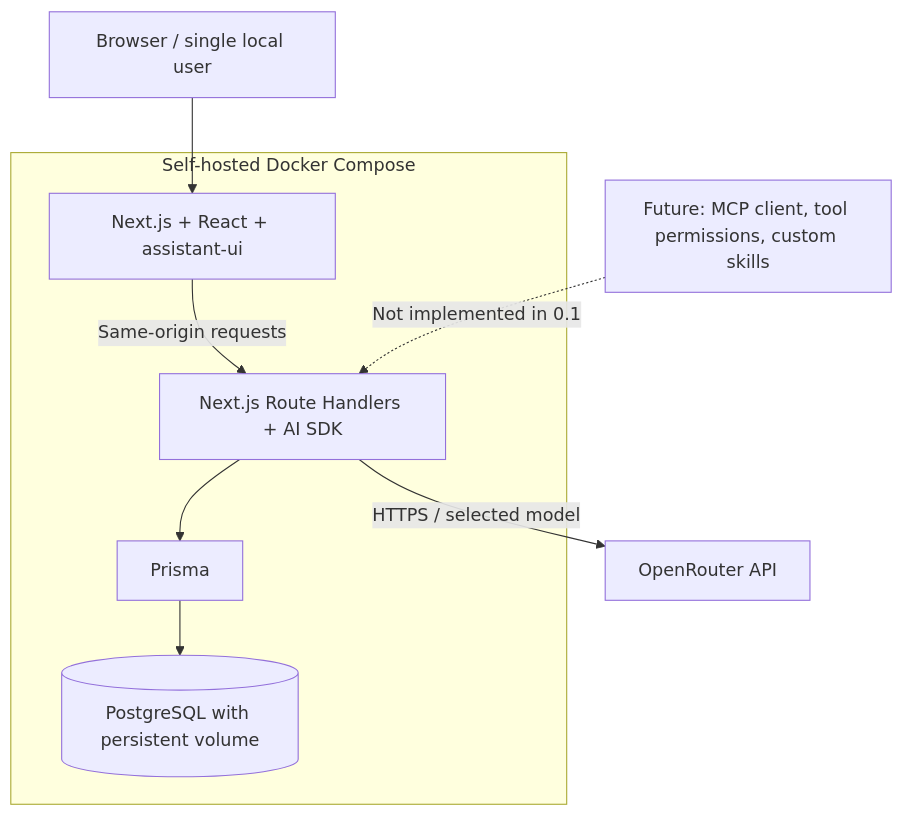
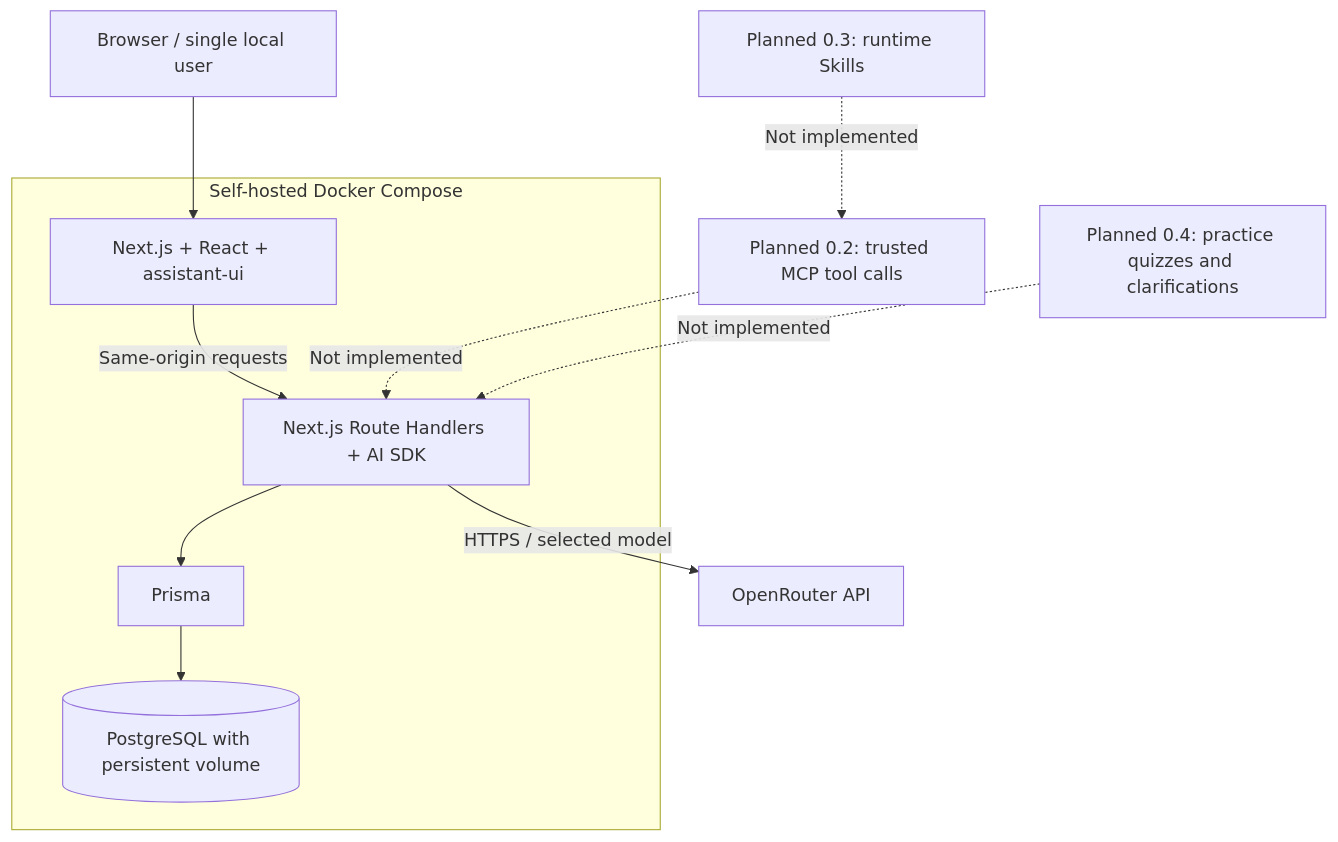
One commit to kereszteszsolt/open-nook-ai changed the second of 2 diagrams in README.md. Above: the diagram before and after it, drawn with Mermaid. The commit also changed other lines of this file and 41 other files, not shown here.

````diff
--- a/README.md
+++ b/README.md
@@ -55,14 +55,16 @@
 ```mermaid
 flowchart TB
     User[Browser / single local user] --> Web
     subgraph Compose[Self-hosted Docker Compose]
         Web[Next.js + React + assistant-ui]
         Api[Next.js Route Handlers + AI SDK]
         ORM[Prisma]
         DB[(PostgreSQL with persistent volume)]
         Web -->|Same-origin requests| Api
         Api --> ORM --> DB
     end
     Api -->|HTTPS / selected model| OpenRouter[OpenRouter API]
-    Future[Future: MCP client, tool permissions, custom skills] -.->|Not implemented in 0.1| Api
+    MCP[Planned 0.2: trusted MCP tool calls] -.->|Not implemented| Api
+    Skills[Planned 0.3: runtime Skills] -.->|Not implemented| MCP
+    Quiz[Planned 0.4: practice quizzes and clarifications] -.->|Not implemented| Api
 ```
````
